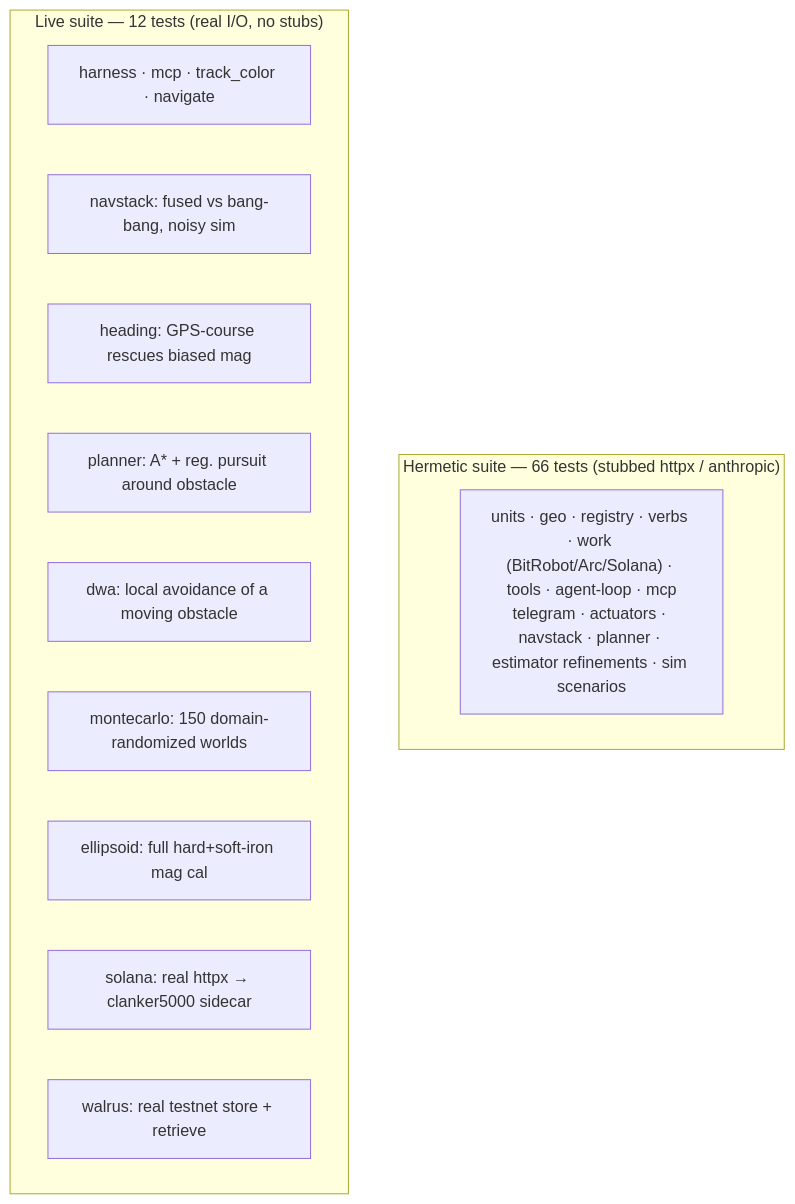
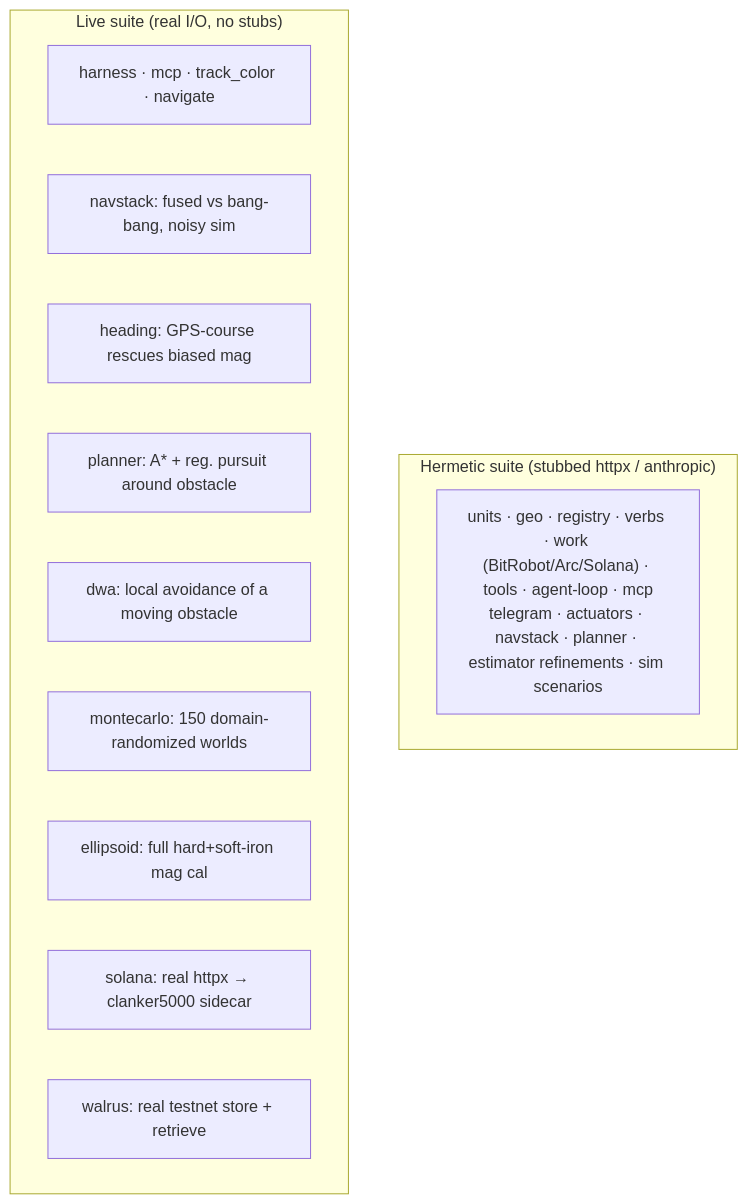
One commit to 0xSoftBoi/mini-plus-agent-kit changed diagram 17 of 17 in docs/ARCHITECTURE.md. Above: the diagram before and after it, drawn with Mermaid. The commit also changed 24 other files, not shown here.

````diff
--- a/docs/ARCHITECTURE.md
+++ b/docs/ARCHITECTURE.md
@@ -683,17 +683,17 @@
 ```mermaid
 flowchart TB
-  subgraph H["Hermetic suite &mdash; 66 tests (stubbed httpx / anthropic)"]
+  subgraph H["Hermetic suite (stubbed httpx / anthropic)"]
     HU["units · geo · registry · verbs · work (BitRobot/Arc/Solana) · tools · agent-loop · mcp<br/>telegram · actuators · navstack · planner · estimator refinements · sim scenarios"]
   end
-  subgraph L["Live suite &mdash; 12 tests (real I/O, no stubs)"]
+  subgraph L["Live suite (real I/O, no stubs)"]
     L1["harness · mcp · track_color · navigate"]
     L5["navstack: fused vs bang-bang, noisy sim"]
     L6["heading: GPS-course rescues biased mag"]
     L7["planner: A* + reg. pursuit around obstacle"]
     L8["dwa: local avoidance of a moving obstacle"]
     L9["montecarlo: 150 domain-randomized worlds"]
     L10["ellipsoid: full hard+soft-iron mag cal"]
     L11["solana: real httpx → clanker5000 sidecar"]
     L12["walrus: real testnet store + retrieve"]
   end
 ```
````
